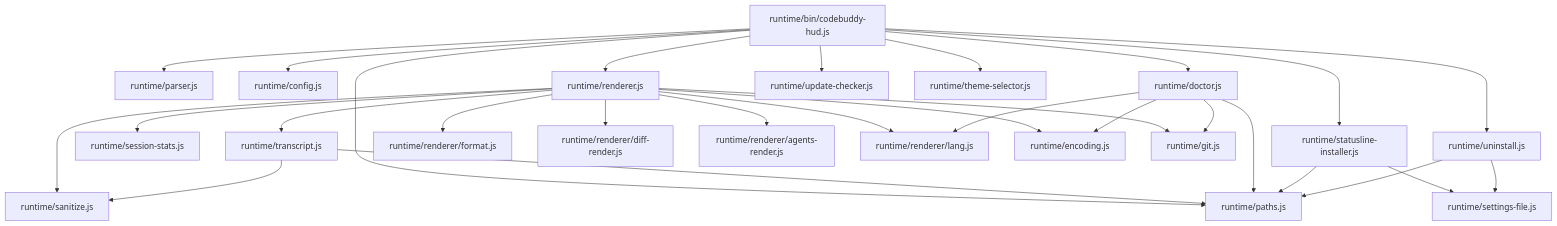
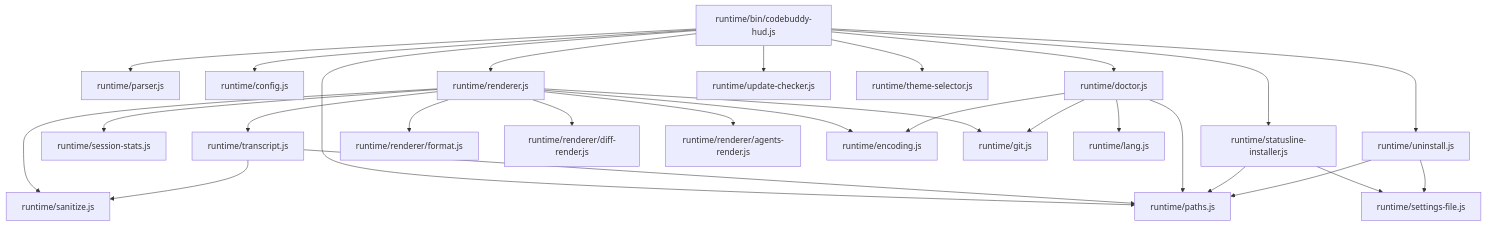
One commit to XisFool/codebuddy-hud changed the first of 2 diagrams in docs/architecture.md. Above: the diagram before and after it, drawn with Mermaid. The commit also changed 9 other files, not shown here.

````diff
--- a/docs/architecture.md
+++ b/docs/architecture.md
@@ -51,33 +51,32 @@
 ```mermaid
 graph TD
     Entry["runtime/bin/codebuddy-hud.js"] --> Parser["runtime/parser.js"]
     Entry --> Config["runtime/config.js"]
     Renderer --> Transcript["runtime/transcript.js"]
     Renderer --> SessionStats["runtime/session-stats.js"]
     Entry --> Renderer["runtime/renderer.js"]
     Entry --> Doctor["runtime/doctor.js"]
     Entry --> UpdateChecker["runtime/update-checker.js"]
     Entry --> ThemeSelector["runtime/theme-selector.js"]
     Entry --> Installer["runtime/statusline-installer.js"]
     Entry --> Uninstall["runtime/uninstall.js"]
     Entry --> Paths["runtime/paths.js"]
 
     Renderer --> Format["runtime/renderer/format.js"]
     Renderer --> DiffRender["runtime/renderer/diff-render.js"]
     Renderer --> AgentsRender["runtime/renderer/agents-render.js"]
-    Renderer --> Lang["runtime/renderer/lang.js"]
     Renderer --> Encoding["runtime/encoding.js"]
     Renderer --> Git["runtime/git.js"]
     Renderer --> Sanitize["runtime/sanitize.js"]
 
     Transcript --> Sanitize
     Transcript --> Paths
-    Doctor --> Lang
+    Doctor --> Lang["runtime/lang.js"]
     Doctor --> Paths
     Doctor --> Encoding
     Doctor --> Git
     Installer --> Paths
     Uninstall --> Paths
     Installer --> SettingsFile["runtime/settings-file.js"]
     Uninstall --> SettingsFile
 ```
````
